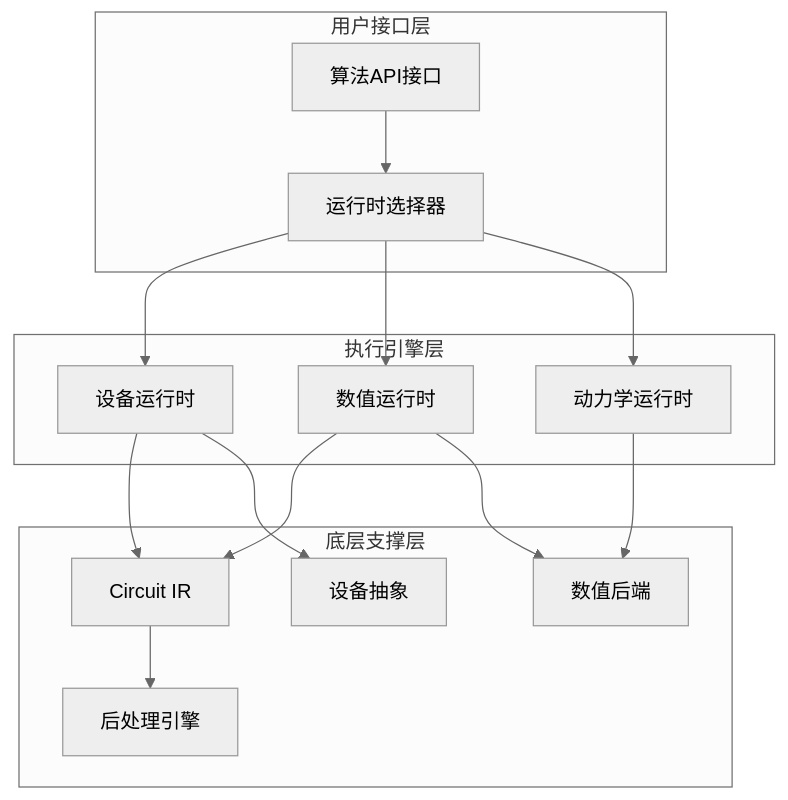
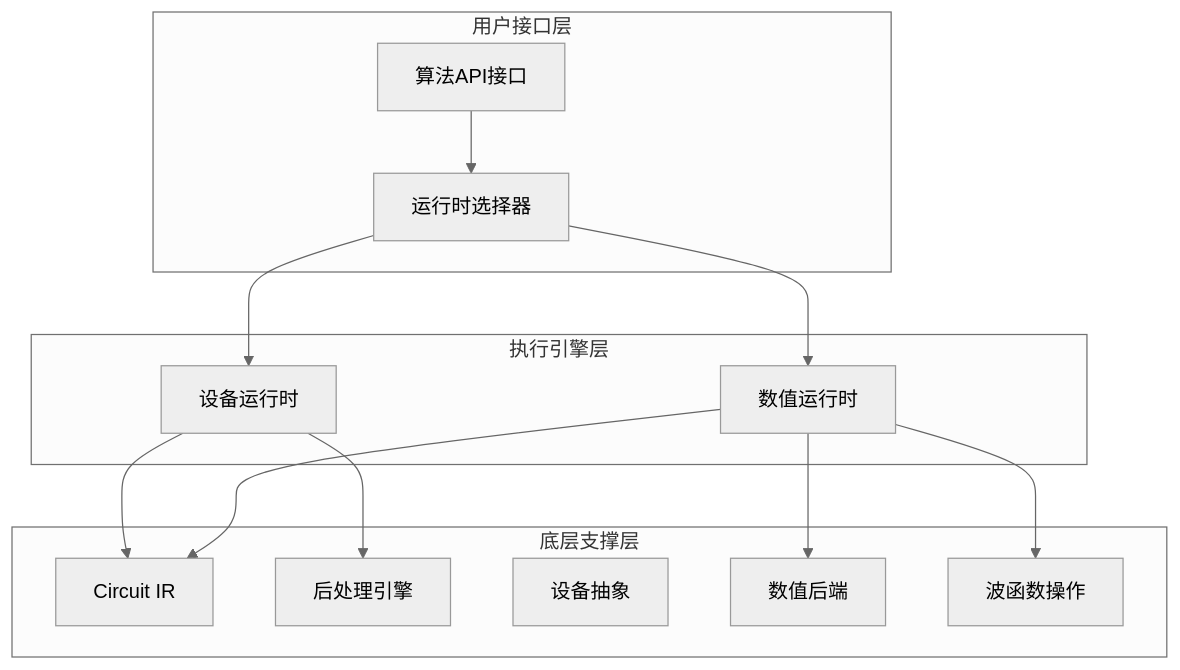
One commit to QureGenAI-Biotech/TyxonQ changed the second of 7 diagrams in .qoder/repowiki/zh/content/Applications Chem Runtimes.md. Above: the diagram before and after it, drawn with Mermaid (neutral theme). The commit also changed other lines of this file and 9 other files, not shown here.

````diff
--- a/.qoder/repowiki/zh/content/Applications Chem Runtimes.md
+++ b/.qoder/repowiki/zh/content/Applications Chem Runtimes.md
@@ -112,28 +128,26 @@
 ```mermaid
 graph TB
 subgraph "用户接口层"
 API[算法API接口]
 RUNTIME[运行时选择器]
 end
 subgraph "执行引擎层"
 DEVICE[设备运行时]
 NUMERIC[数值运行时]
-DYNAMICS[动力学运行时]
 end
 subgraph "底层支撑层"
 CIRCUIT[Circuit IR]
 POSTPROC[后处理引擎]
 DEVICES[设备抽象]
 NUM_BACKENDS[数值后端]
+WAVEFUNCTION[波函数操作]
 end
 API --> RUNTIME
 RUNTIME --> DEVICE
 RUNTIME --> NUMERIC
-RUNTIME --> DYNAMICS
 DEVICE --> CIRCUIT
 NUMERIC --> CIRCUIT
-DYNAMICS --> NUM_BACKENDS
-CIRCUIT --> POSTPROC
-DEVICE --> DEVICES
+DEVICE --> POSTPROC
 NUMERIC --> NUM_BACKENDS
+NUMERIC --> WAVEFUNCTION
 ```
````
